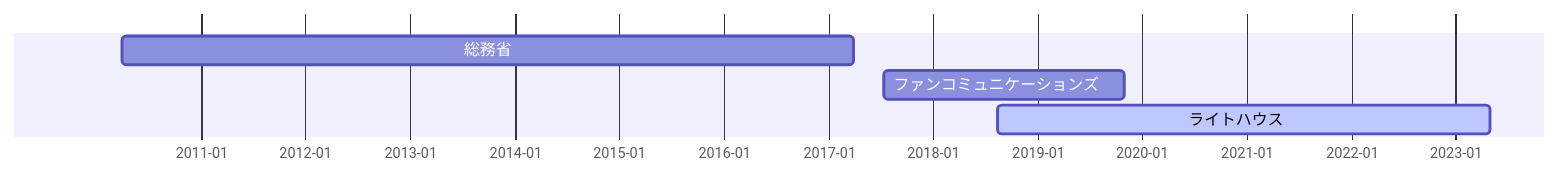
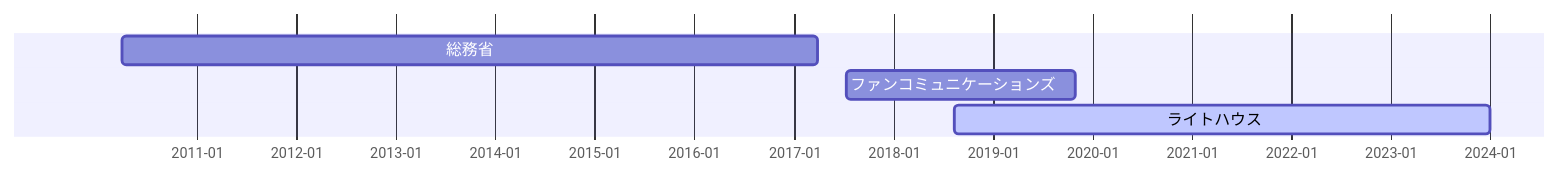
Before and after one commit to iHideck/resume: the diagram in README.md, drawn with Mermaid. The commit also changed other lines of this file, not shown here.

````diff
--- a/README.md
+++ b/README.md
@@ -7,8 +7,8 @@
 ```mermaid
 gantt
     dateFormat YYYY-MM-DD
     axisFormat  %Y-%m
     総務省 :job1, 2010-04-01,2017-03-31
     ファンコミュニケーションズ　:job2, 2017-07-15,2019-10-31
-    ライトハウス　: active, job3, 2018-08-15, 2023-04-30
+    ライトハウス　: active, job3, 2018-08-15, 2024-01-01
 ```
````
